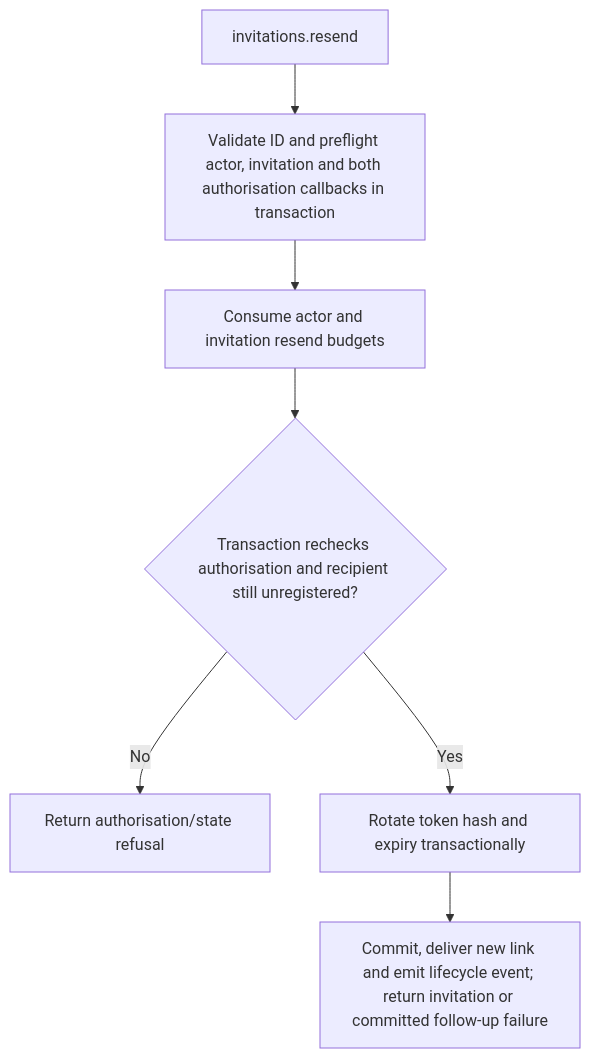
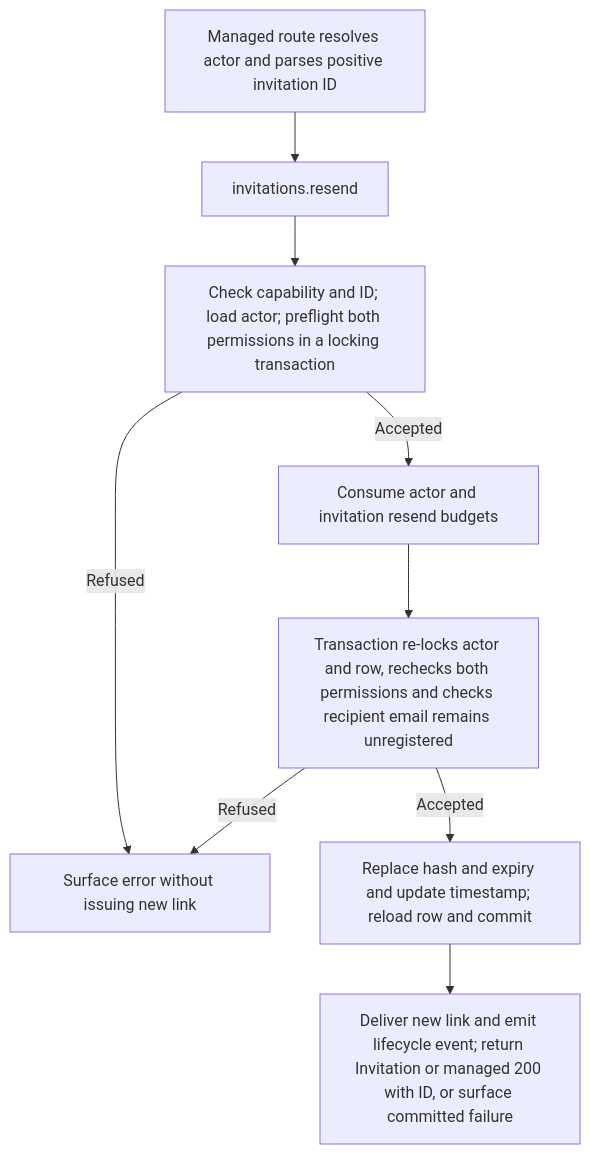
One commit to Kevinjohn/oss-adonisjs-account-kit changed the second of 2 diagrams in user-stories/US-ACCOUNT-11-resend-invitation.md. Above: the diagram before and after it, drawn with Mermaid. The commit also changed other lines of this file and 70 other files, not shown here.

````diff
--- a/user-stories/US-ACCOUNT-11-resend-invitation.md
+++ b/user-stories/US-ACCOUNT-11-resend-invitation.md
@@ -29,9 +31,11 @@
 ```mermaid
 flowchart TD
- A["invitations.resend"] --> B["Validate ID and preflight actor, invitation and both authorisation callbacks in transaction"]
- B --> T["Consume actor and invitation resend budgets"]
- T --> C{"Transaction rechecks authorisation and recipient still unregistered?"}
- C -->|No| D["Return authorisation/state refusal"]
- C -->|Yes| E["Rotate token hash and expiry transactionally"]
- E --> F["Commit, deliver new link and emit lifecycle event; return invitation or committed follow-up failure"]
+  M["Managed route resolves actor and parses positive invitation ID"] --> A["invitations.resend"]
+  A --> B["Check capability and ID; load actor; preflight both permissions in a locking transaction"]
+  B -->|Refused| D["Surface error without issuing new link"]
+  B -->|Accepted| T["Consume actor and invitation resend budgets"]
+  T --> C["Transaction re-locks actor and row, rechecks both permissions and checks recipient email remains unregistered"]
+  C -->|Refused| D
+  C -->|Accepted| E["Replace hash and expiry and update timestamp; reload row and commit"]
+  E --> F["Deliver new link and emit lifecycle event; return Invitation or managed 200 with ID, or surface committed failure"]
 ```
````
